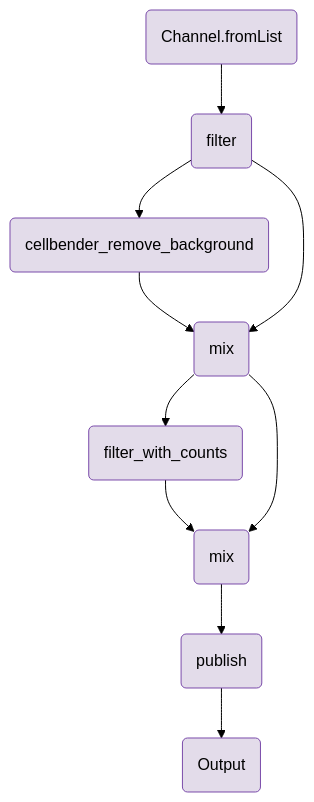
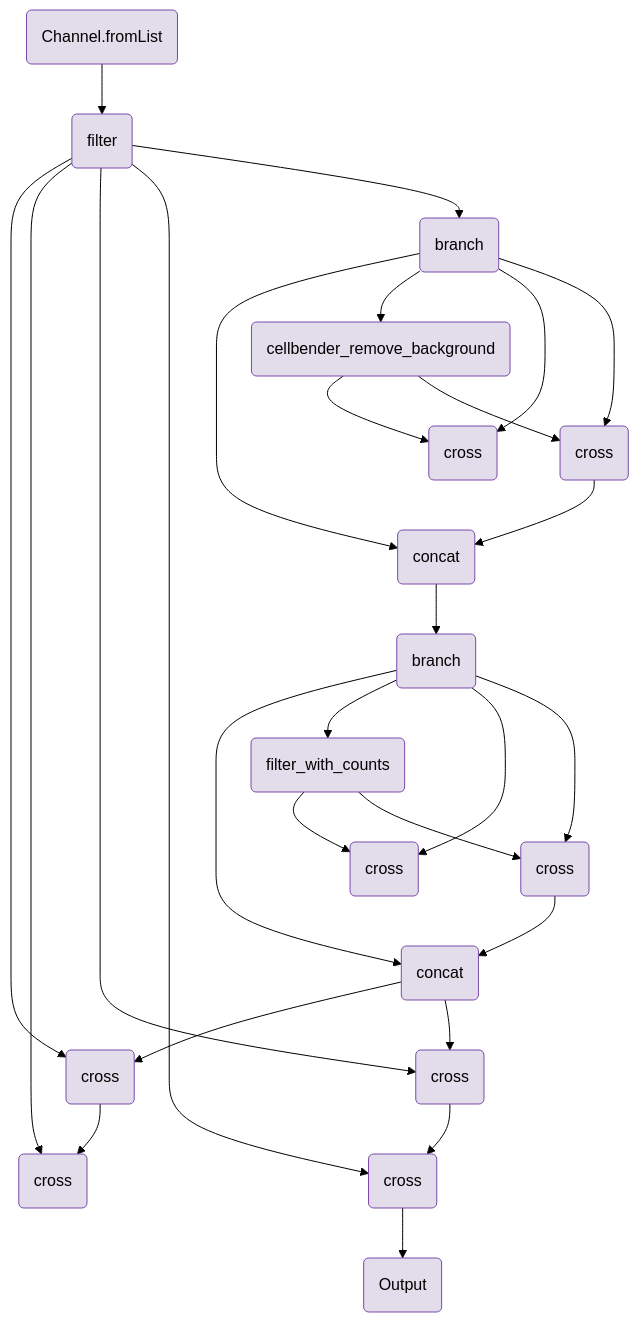
Before and after one commit to openpipelines-bio/website: the diagram in components/workflows/ingestion/cellranger_postprocessing.qmd, drawn with Mermaid (forest theme). The commit also changed other lines of this file and 149 other files, not shown here.

````diff
--- a/components/workflows/ingestion/cellranger_postprocessing.qmd
+++ b/components/workflows/ingestion/cellranger_postprocessing.qmd
@@ -117,29 +119,64 @@
 ```{mermaid}
 flowchart TB
     v0(Channel.fromList)
     v2(filter)
-    v18(cellbender_remove_background)
-    v31(mix)
-    v41(filter_with_counts)
-    v54(mix)
-    v63(publish)
-    v90(Output)
+    v14(branch)
+    v41(concat)
+    v19(cellbender_remove_background)
+    v26(cross)
+    v36(cross)
+    v45(branch)
+    v72(concat)
+    v50(filter_with_counts)
+    v57(cross)
+    v67(cross)
+    v79(cross)
+    v86(cross)
+    v98(cross)
+    v105(cross)
+    v109(Output)
+    v14-->v41
+    v45-->v72
     v0-->v2
-    v2-->v18
-    v18-->v31
-    v2-->v31
-    v31-->v41
-    v41-->v54
-    v31-->v54
-    v54-->v63
-    v63-->v90
+    v14-->v19
+    v19-->v26
+    v14-->v26
+    v14-->v36
+    v36-->v41
+    v45-->v50
+    v50-->v57
+    v45-->v57
+    v45-->v67
+    v67-->v72
+    v72-->v79
+    v2-->v79
+    v79-->v86
+    v2-->v86
+    v2-->v98
+    v98-->v105
+    v2-->v105
+    v105-->v109
+    v2-->v14
+    v19-->v36
+    v41-->v45
+    v50-->v67
+    v72-->v98
     style v0 fill:#e3dcea,stroke:#7a4baa;
     style v2 fill:#e3dcea,stroke:#7a4baa;
-    style v18 fill:#e3dcea,stroke:#7a4baa;
-    style v31 fill:#e3dcea,stroke:#7a4baa;
+    style v14 fill:#e3dcea,stroke:#7a4baa;
     style v41 fill:#e3dcea,stroke:#7a4baa;
-    style v54 fill:#e3dcea,stroke:#7a4baa;
-    style v63 fill:#e3dcea,stroke:#7a4baa;
-    style v90 fill:#e3dcea,stroke:#7a4baa;
+    style v19 fill:#e3dcea,stroke:#7a4baa;
+    style v26 fill:#e3dcea,stroke:#7a4baa;
+    style v36 fill:#e3dcea,stroke:#7a4baa;
+    style v45 fill:#e3dcea,stroke:#7a4baa;
+    style v72 fill:#e3dcea,stroke:#7a4baa;
+    style v50 fill:#e3dcea,stroke:#7a4baa;
+    style v57 fill:#e3dcea,stroke:#7a4baa;
+    style v67 fill:#e3dcea,stroke:#7a4baa;
+    style v79 fill:#e3dcea,stroke:#7a4baa;
+    style v86 fill:#e3dcea,stroke:#7a4baa;
+    style v98 fill:#e3dcea,stroke:#7a4baa;
+    style v105 fill:#e3dcea,stroke:#7a4baa;
+    style v109 fill:#e3dcea,stroke:#7a4baa;
 
 ```
````
